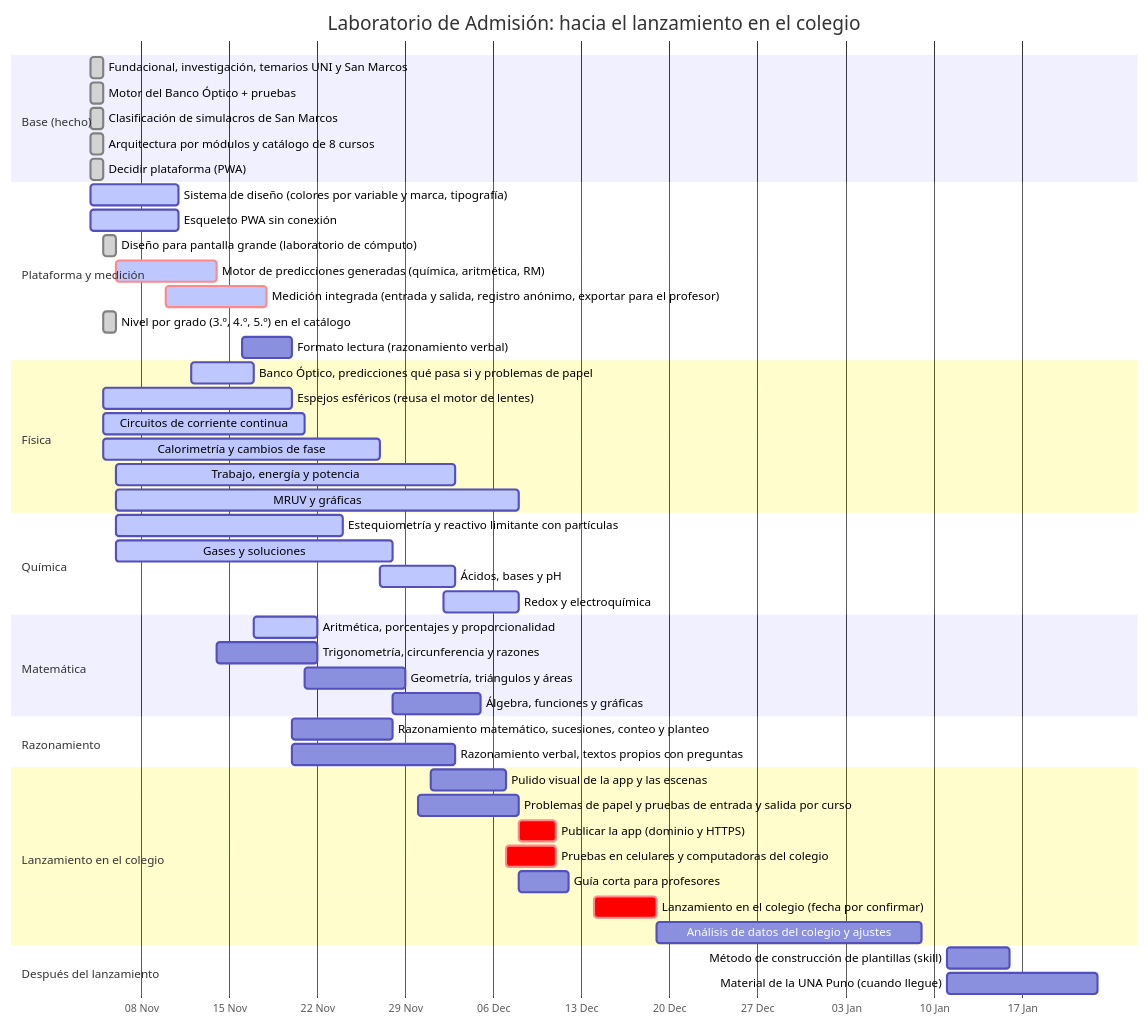
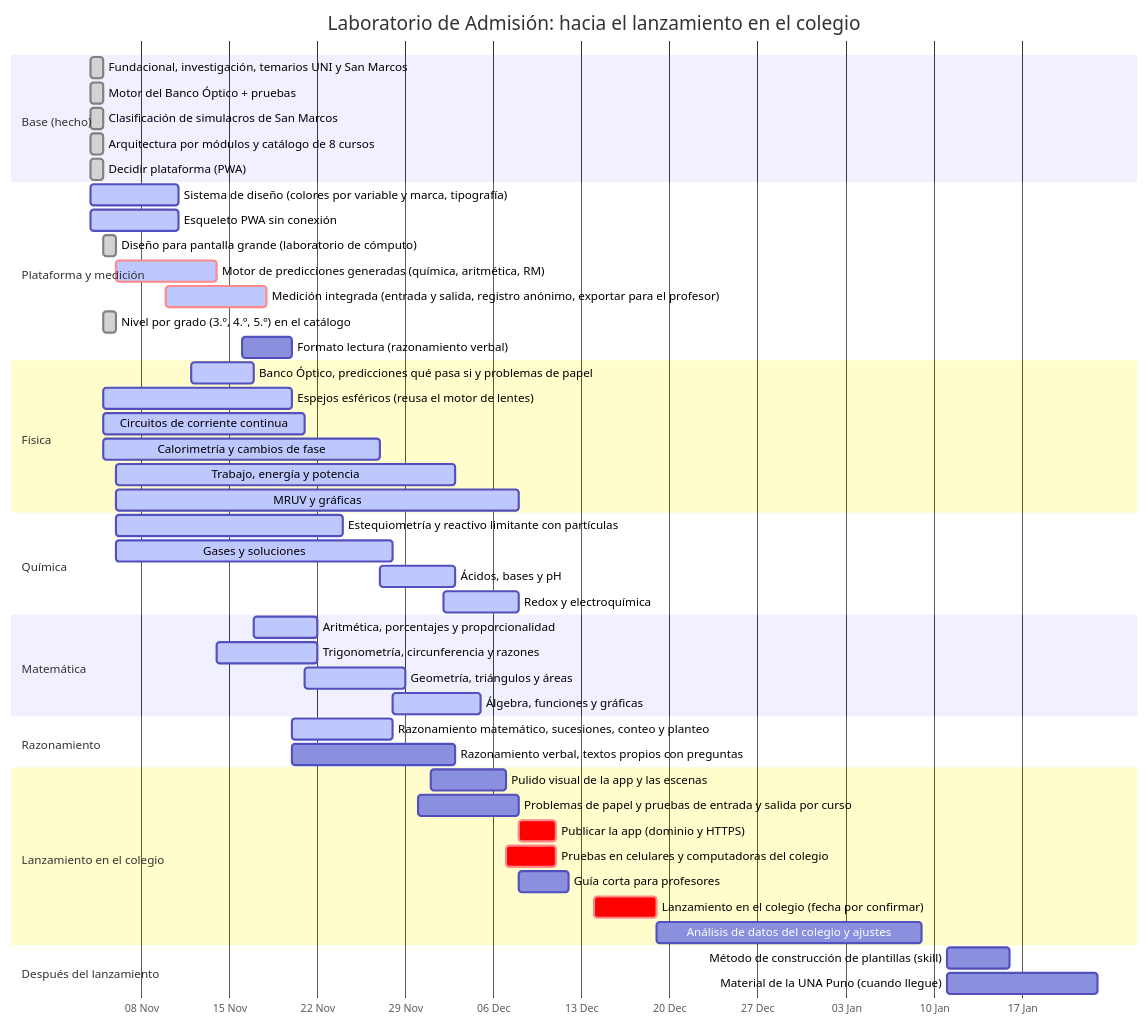
The diagram in docs/hoja-de-ruta.md (Eltiokarma/Mesa-de-Estudios), drawn with Mermaid before and after one commit. The commit also changed 3 other files, not shown here.

````diff
--- a/docs/hoja-de-ruta.md
+++ b/docs/hoja-de-ruta.md
@@ -52,59 +52,59 @@
 ```mermaid
 gantt
     title Laboratorio de Admisión: hacia el lanzamiento en el colegio
     dateFormat  YYYY-MM-DD
     axisFormat  %d %b
 
     section Base (hecho)
     Fundacional, investigación, temarios UNI y San Marcos :done, f0a, 2026-11-04, 2026-11-05
     Motor del Banco Óptico + pruebas :done, f0b, 2026-11-04, 2026-11-05
     Clasificación de simulacros de San Marcos :done, f0c, 2026-11-04, 2026-11-05
     Arquitectura por módulos y catálogo de 8 cursos :done, f0g, 2026-11-04, 2026-11-05
     Decidir plataforma (PWA) :done, f0d, 2026-11-04, 2026-11-05
 
     section Plataforma y medición
     Sistema de diseño (colores por variable y marca, tipografía) :active, f0e, 2026-11-04, 2026-11-11
     Esqueleto PWA sin conexión :active, f0f, 2026-11-04, 2026-11-11
     Diseño para pantalla grande (laboratorio de cómputo) :done, pl1, 2026-11-05, 2026-11-06
     Motor de predicciones generadas (química, aritmética, RM) :active, crit, pl3, 2026-11-06, 2026-11-14
     Medición integrada (entrada y salida, registro anónimo, exportar para el profesor) :active, crit, pl2, 2026-11-10, 2026-11-18
     Nivel por grado (3.º, 4.º, 5.º) en el catálogo :done, pl5, 2026-11-05, 2026-11-06
     Formato lectura (razonamiento verbal) :pl4, 2026-11-16, 2026-11-20
 
     section Física
     Banco Óptico, predicciones qué pasa si y problemas de papel :active, fi1, 2026-11-12, 2026-11-17
     Espejos esféricos (reusa el motor de lentes) :active, fi5, 2026-11-05, 2026-11-20
     Circuitos de corriente continua :active, fi2, 2026-11-05, 2026-11-21
     Calorimetría y cambios de fase :active, fi3, 2026-11-05, 2026-11-27
     Trabajo, energía y potencia :active, fi4, 2026-11-06, 2026-12-03
     MRUV y gráficas :active, fi6, 2026-11-06, 2026-12-08
 
     section Química
     Estequiometría y reactivo limitante con partículas :active, qu1, 2026-11-06, 2026-11-24
     Gases y soluciones :active, qu2, 2026-11-06, 2026-11-28
     Ácidos, bases y pH :active, qu3, 2026-11-27, 2026-12-03
     Redox y electroquímica :active, qu4, 2026-12-02, 2026-12-08
 
     section Matemática
     Aritmética, porcentajes y proporcionalidad :active, ma4, 2026-11-17, 2026-11-22
-    Trigonometría, circunferencia y razones :ma1, 2026-11-14, 2026-11-22
-    Geometría, triángulos y áreas :ma2, 2026-11-21, 2026-11-29
-    Álgebra, funciones y gráficas :ma3, 2026-11-28, 2026-12-05
+    Trigonometría, circunferencia y razones :active, ma1, 2026-11-14, 2026-11-22
+    Geometría, triángulos y áreas :active, ma2, 2026-11-21, 2026-11-29
+    Álgebra, funciones y gráficas :active, ma3, 2026-11-28, 2026-12-05
 
     section Razonamiento
-    Razonamiento matemático, sucesiones, conteo y planteo :ra1, 2026-11-20, 2026-11-28
+    Razonamiento matemático, sucesiones, conteo y planteo :active, ra1, 2026-11-20, 2026-11-28
     Razonamiento verbal, textos propios con preguntas :ra2, 2026-11-20, 2026-12-03
 
     section Lanzamiento en el colegio
     Pulido visual de la app y las escenas :pl6, 2026-12-01, 2026-12-07
     Problemas de papel y pruebas de entrada y salida por curso :la1, 2026-11-30, 2026-12-08
     Publicar la app (dominio y HTTPS) :crit, la3, 2026-12-08, 2026-12-11
     Pruebas en celulares y computadoras del colegio :crit, la2, 2026-12-07, 2026-12-11
     Guía corta para profesores :la4, 2026-12-08, 2026-12-12
     Lanzamiento en el colegio (fecha por confirmar) :crit, la5, 2026-12-14, 2026-12-19
     Análisis de datos del colegio y ajustes :la6, 2026-12-19, 2027-01-09
 
     section Después del lanzamiento
     Método de construcción de plantillas (skill) :f2a, 2027-01-11, 2027-01-16
     Material de la UNA Puno (cuando llegue) :f2c, 2027-01-11, 2027-01-23
 ```
````
